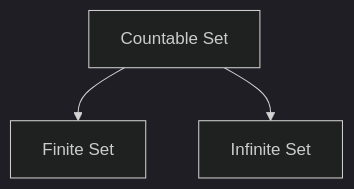
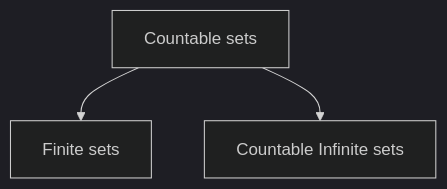
One commit to supremeimposter/My-Vault changed the diagram in TheoryOfComputation/Countability/Countable Sets.md. Above: the diagram before and after it, drawn with Mermaid (dark theme). The commit also changed other lines of this file and 2 other files, not shown here.

Commit message:
countable sets finished

````diff
--- a/TheoryOfComputation/Countability/Countable Sets.md
+++ b/TheoryOfComputation/Countability/Countable Sets.md
@@ -15,5 +30,5 @@
 ```mermaid
 flowchart TD
-	A[Countable Set] --> B[Finite Set]
-	A --> C[Infinite Set]
+A[Countable sets] --> B[Finite sets]
+A --> C[Countable Infinite sets]
 ```
````
